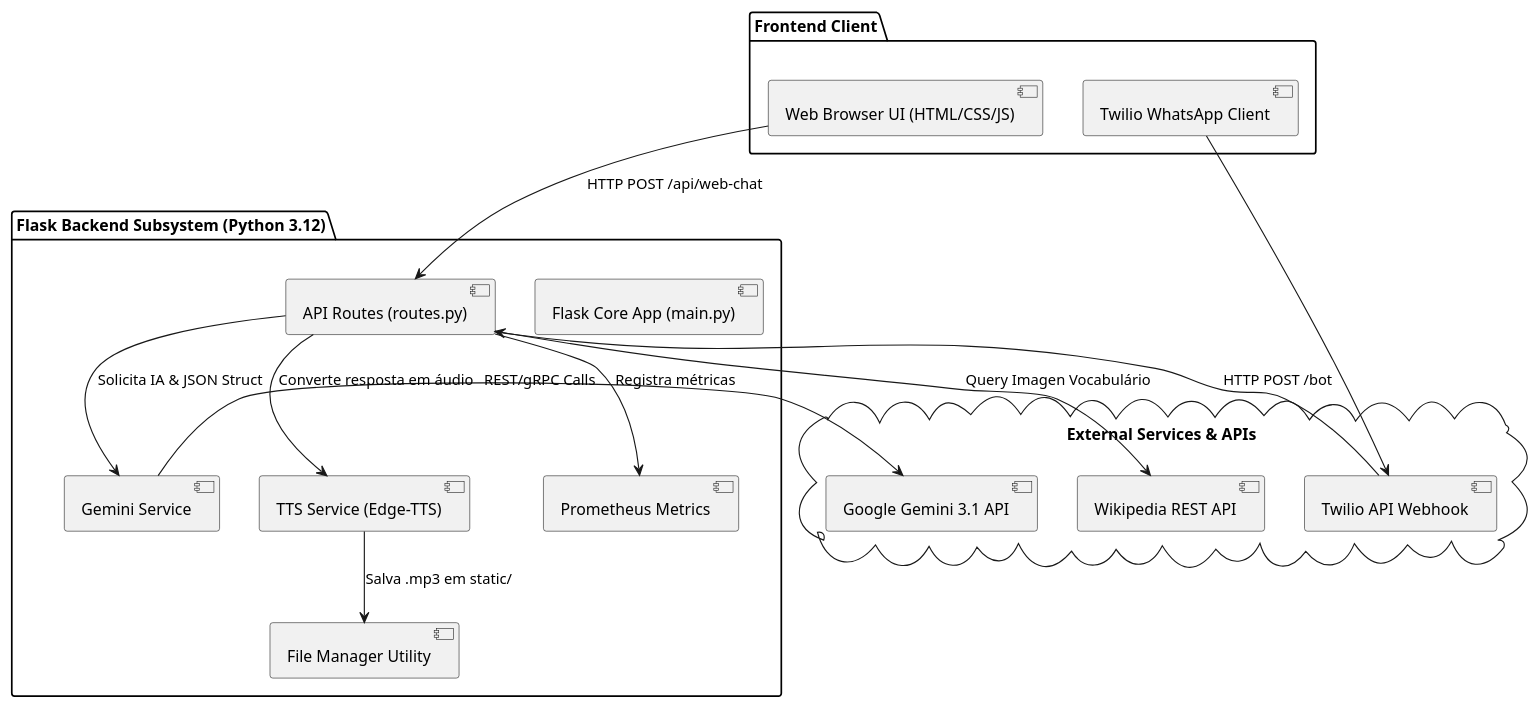
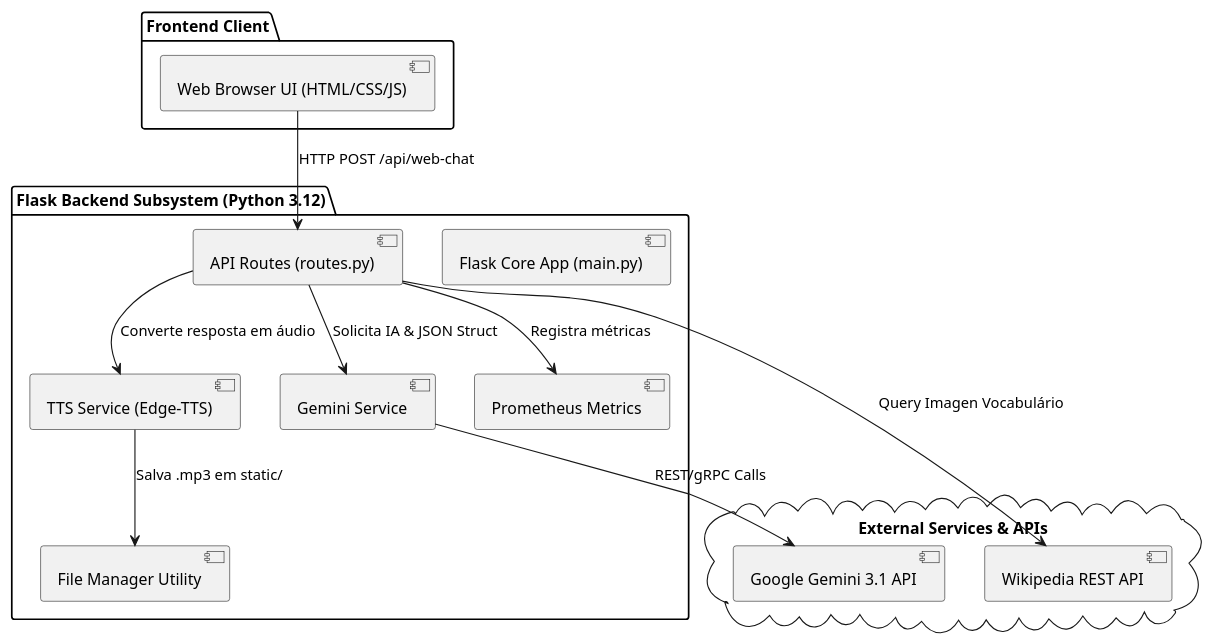
Before and after one commit to MATHEUS111JUNDIAI/bot-ingles: the diagram in docs/diagrams/component_diagram.puml, drawn with PlantUML. The commit also changed 11 other files, not shown here.

Commit message:
refactor: remove legacy whatsapp twilio code and update diagrams to 100% web architecture

```diff
--- a/docs/diagrams/component_diagram.puml
+++ b/docs/diagrams/component_diagram.puml
@@ -1,35 +1,31 @@
 @startuml Component_Diagram_Teacher_Sarah
 package "Frontend Client" {
     [Web Browser UI (HTML/CSS/JS)] as WebUI
-    [Twilio WhatsApp Client] as WAClient
 }
 
 package "Flask Backend Subsystem (Python 3.12)" {
     [Flask Core App (main.py)] as MainApp
     [API Routes (routes.py)] as Routes
     [Gemini Service] as GeminiSvc
     [TTS Service (Edge-TTS)] as TTSSvc
     [File Manager Utility] as FileMgr
     [Prometheus Metrics] as MetricsSvc
 }
 
 cloud "External Services & APIs" {
     [Google Gemini 3.1 API] as GeminiAPI
     [Wikipedia REST API] as WikiAPI
-    [Twilio API Webhook] as TwilioAPI
 }
 
 WebUI --> Routes : HTTP POST /api/web-chat
-WAClient --> TwilioAPI
-TwilioAPI --> Routes : HTTP POST /bot
 
 Routes --> GeminiSvc : Solicita IA & JSON Struct
 GeminiSvc --> GeminiAPI : REST/gRPC Calls
 
 Routes --> WikiAPI : Query Imagen Vocabulário
 
 Routes --> TTSSvc : Converte resposta em áudio
 TTSSvc --> FileMgr : Salva .mp3 em static/
 
 Routes --> MetricsSvc : Registra métricas
 @enduml
```
